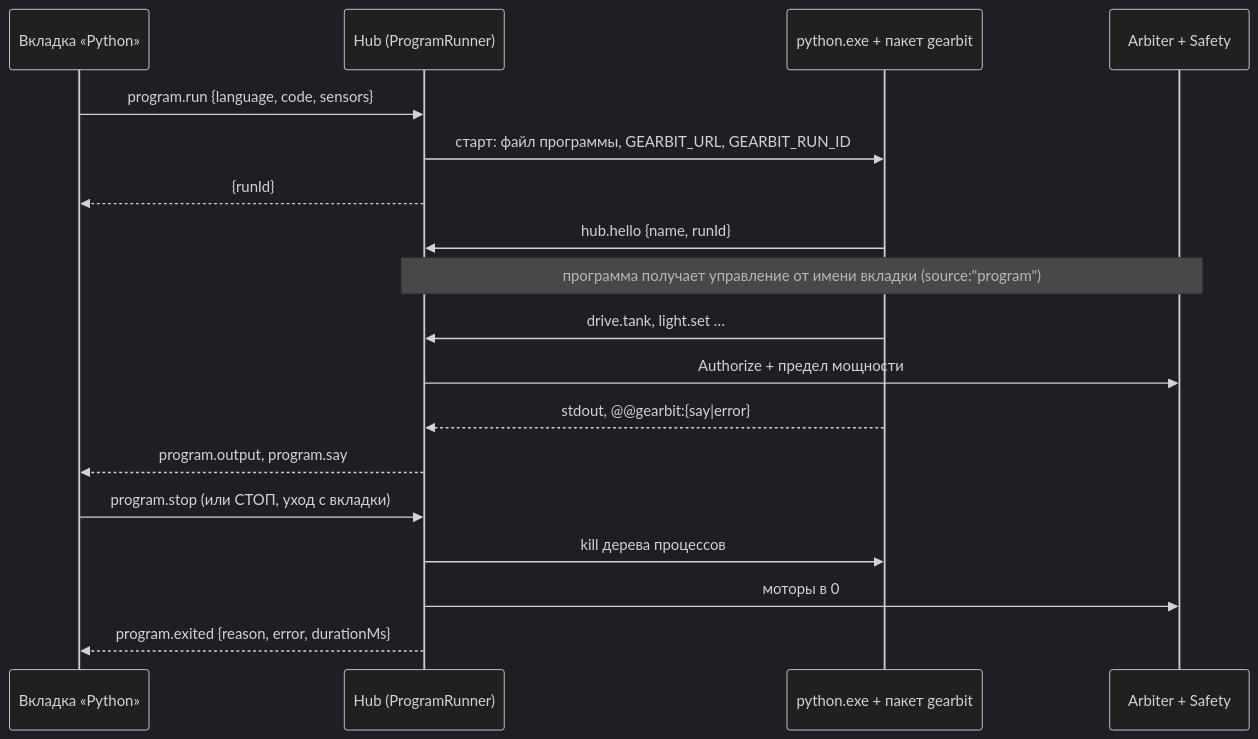
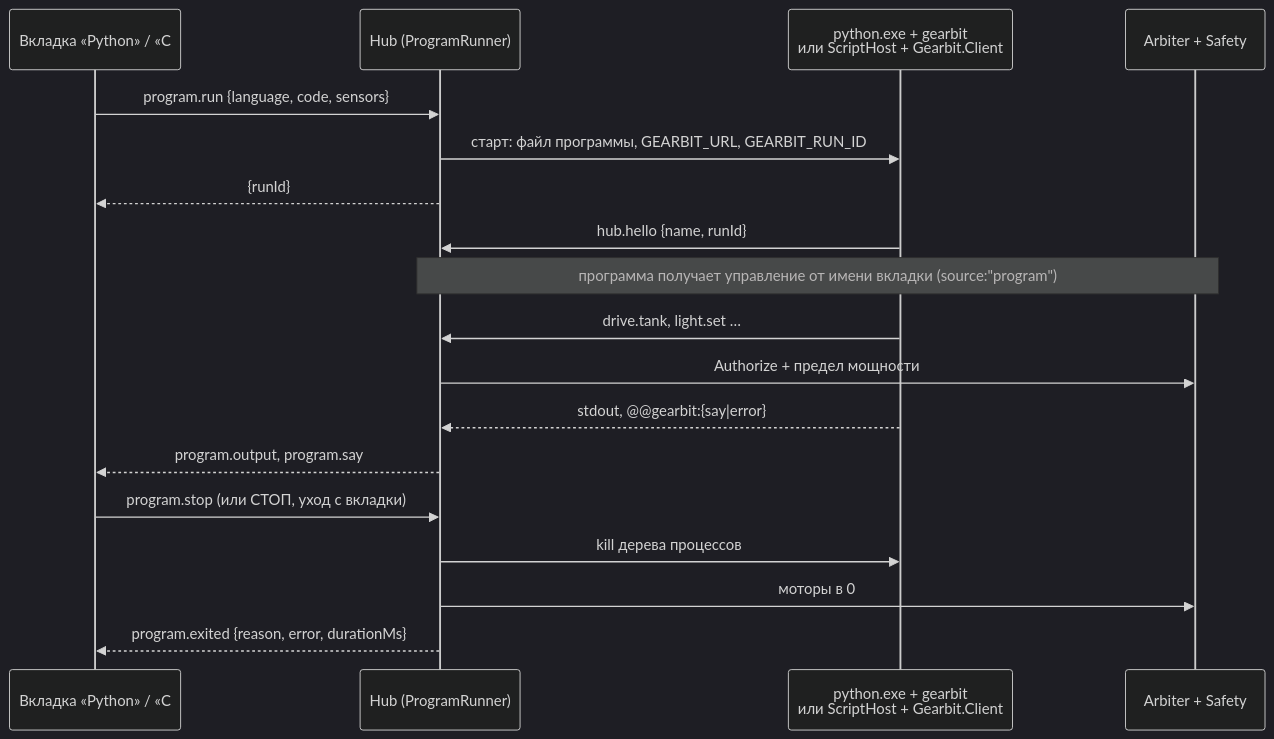
The fourth of 4 diagrams in docs/ARCHITECTURE.md (EugeneSoftwareDeveloper/Gearbit), drawn with Mermaid (dark theme) before and after one commit. The commit also changed other lines of this file and 44 other files, not shown here.

First line of the commit message:
C#: вкладка с редактором, Gearbit.Client и запуск скриптов через Roslyn

````diff
--- a/docs/ARCHITECTURE.md
+++ b/docs/ARCHITECTURE.md
@@ -173,21 +173,21 @@
 ```mermaid
 sequenceDiagram
-    participant U as Вкладка «Python»
+    participant U as Вкладка «Python» / «C#»
     participant H as Hub (ProgramRunner)
-    participant P as python.exe + пакет gearbit
+    participant P as python.exe + gearbit<br/>или ScriptHost + Gearbit.Client
     participant A as Arbiter + Safety
 
     U->>H: program.run {language, code, sensors}
     H->>P: старт: файл программы, GEARBIT_URL, GEARBIT_RUN_ID
     H-->>U: {runId}
     P->>H: hub.hello {name, runId}
     Note over H,A: программа получает управление от имени вкладки (source:"program")
     P->>H: drive.tank, light.set …
     H->>A: Authorize + предел мощности
     P-->>H: stdout, @@gearbit:{say|error}
     H-->>U: program.output, program.say
     U->>H: program.stop (или СТОП, уход с вкладки)
     H->>P: kill дерева процессов
     H->>A: моторы в 0
     H-->>U: program.exited {reason, error, durationMs}
 ```
````
